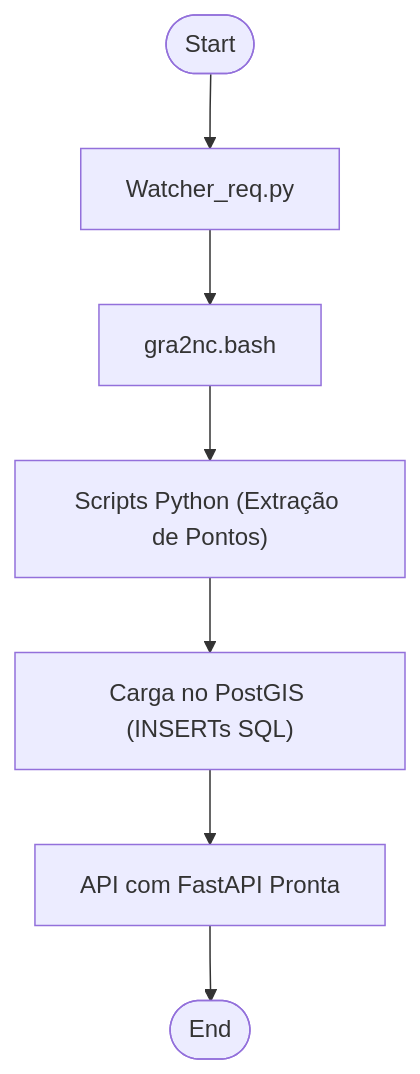
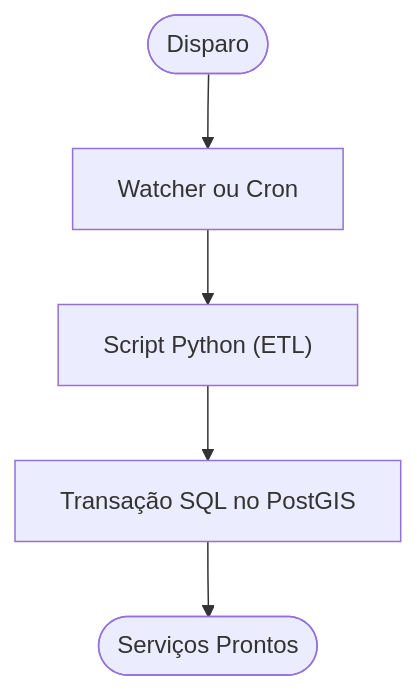
The second of 2 diagrams in Documents/Visão Geral - ETL/Ideação ETL.md (AndersonGACFilho/CEMPA-CTL-GRA-extractor-api), drawn with Mermaid before and after one commit. The commit also changed other lines of this file, not shown here.

Commit message:
Update Ideação ETL.md

````diff
--- a/Documents/Visão Geral - ETL/Ideação ETL.md
+++ b/Documents/Visão Geral - ETL/Ideação ETL.md
@@ -237,9 +183,7 @@
 ```mermaid
 flowchart TD
-  Start([Start]) --> Watcher[Watcher_req.py]
-  Watcher --> Conv[gra2nc.bash]
-  Conv --> Proc["Scripts Python (Extração de Pontos)"]
-  Proc --> Load["Carga no PostGIS (INSERTs SQL)"]
-  Load --> API[API com FastAPI Pronta]
-  API --> End([End])
+  Start([Disparo]) --> Watcher["Watcher ou Cron"]
+  Watcher --> ETL["Script Python (ETL)"]
+  ETL --> DBLoad["Transação SQL no PostGIS"]
+  DBLoad --> Ready(["Serviços Prontos"])
 ```
````
